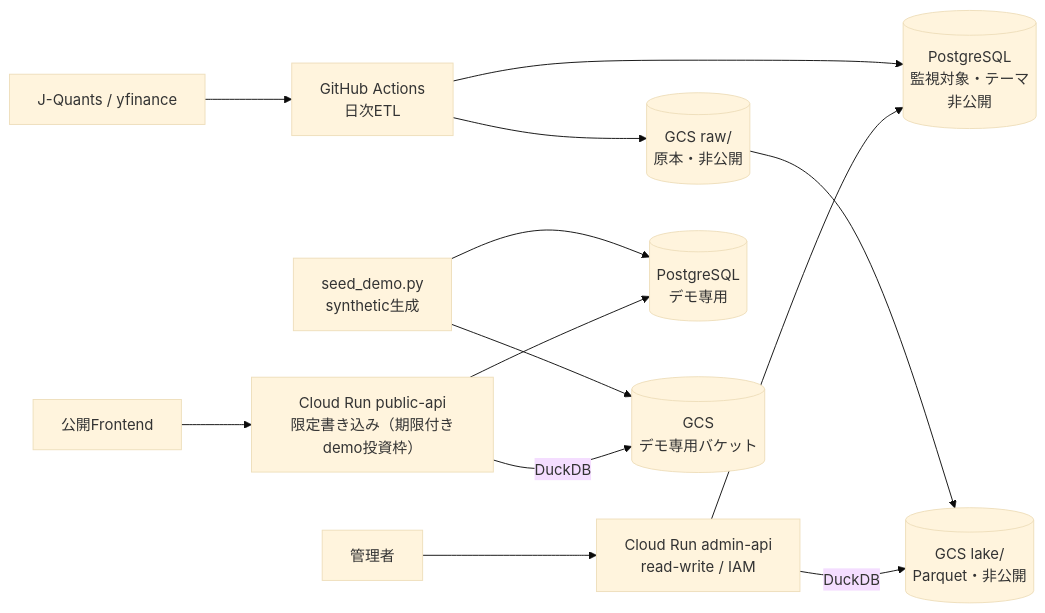
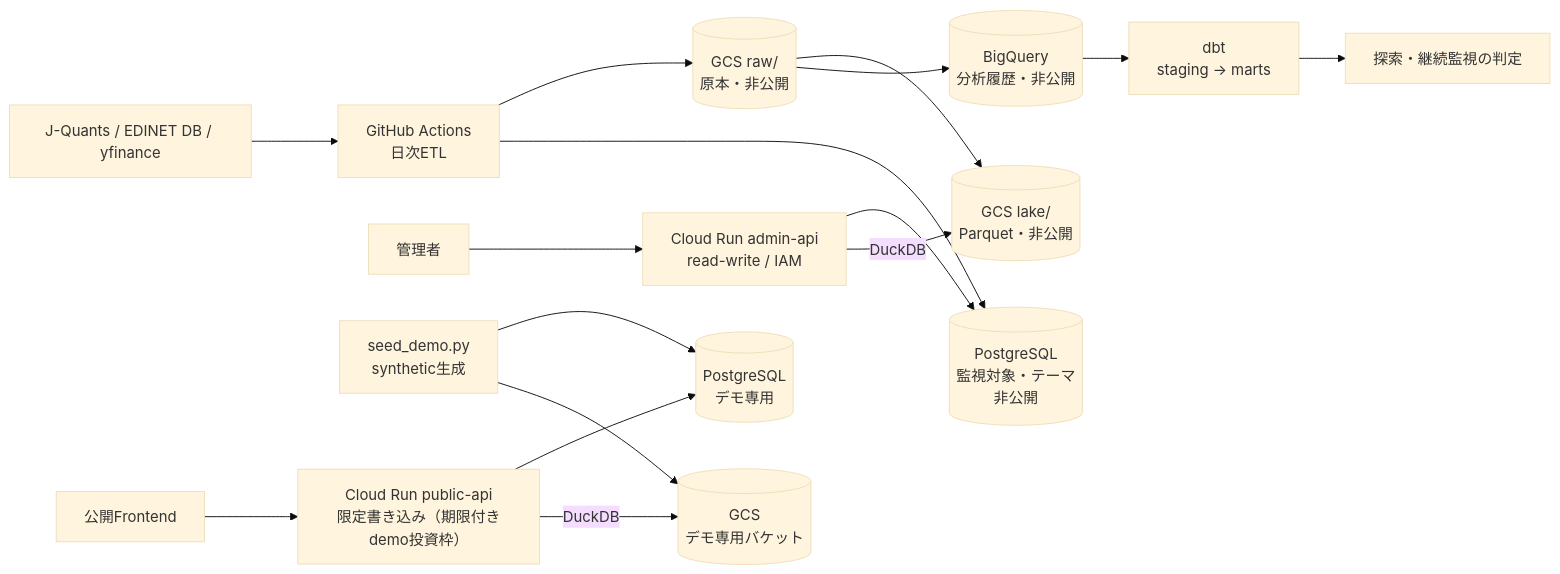
Before and after one commit to 3110mmn/invest-monitoring-platform: the diagram in README.md, drawn with Mermaid (base theme). The commit also changed other lines of this file, not shown here.

````diff
--- a/README.md
+++ b/README.md
@@ -130,15 +147,18 @@
 ```mermaid
 flowchart LR
-    Sources["J-Quants / yfinance"] --> Actions["GitHub Actions<br/>日次ETL"]
+    Sources["J-Quants / EDINET DB / yfinance"] --> Actions["GitHub Actions<br/>日次ETL"]
     Actions --> Raw[("GCS raw/<br/>原本・非公開")]
     Raw --> Lake[("GCS lake/<br/>Parquet・非公開")]
+    Raw --> BQ[("BigQuery<br/>分析履歴・非公開")]
+    BQ --> DBT["dbt<br/>staging → marts"]
+    DBT --> Research["探索・継続監視の判定"]
     Actions --> DB[("PostgreSQL<br/>監視対象・テーマ<br/>非公開")]
     Admin["管理者"] --> AdminAPI["Cloud Run admin-api<br/>read-write / IAM"]
     AdminAPI --> DB
     AdminAPI -->|"DuckDB"| Lake
     Seed["seed_demo.py<br/>synthetic生成"] --> DemoDB[("PostgreSQL<br/>デモ専用")]
     Seed --> DemoLake[("GCS<br/>デモ専用バケット")]
     Public["公開Frontend"] --> PublicAPI["Cloud Run public-api<br/>限定書き込み（期限付きdemo投資枠）"]
     PublicAPI --> DemoDB
     PublicAPI -->|"DuckDB"| DemoLake
 ```
````
